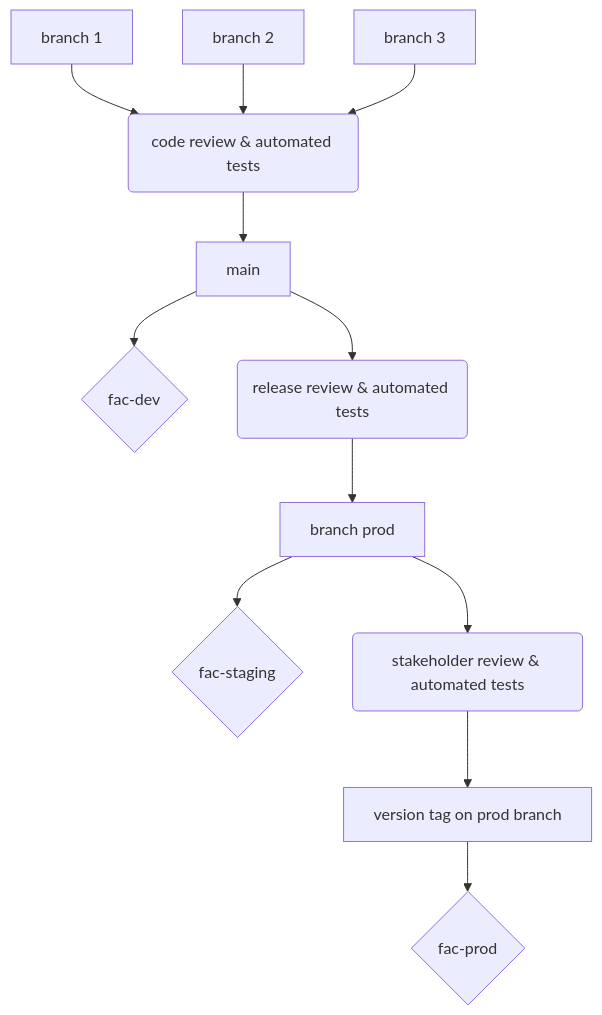
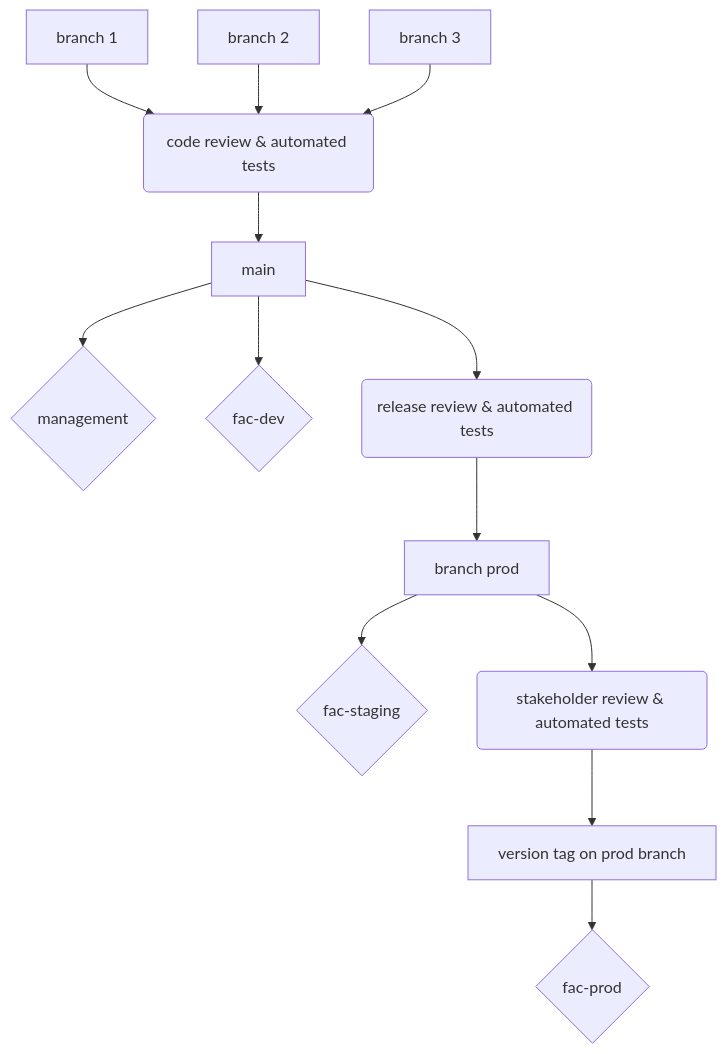
One commit to GSA-TTS/FAC changed the first of 3 diagrams in docs/branching.md. Above: the diagram before and after it, drawn with Mermaid. The commit also changed other lines of this file and 10 other files, not shown here.

````diff
--- a/docs/branching.md
+++ b/docs/branching.md
@@ -22,14 +25,15 @@
 ```mermaid
 graph TD
     A[branch 1] --> PA
     B[branch 2] --> PA
     C[branch 3] --> PA
     PA( code review & automated tests) --> BA[main]
+    BA --> CA{management}
     BA --> EA{fac-dev}
     BA --> PB(release review & automated tests)
     PB --> BB[branch prod]
     BB --> EB{fac-staging}
     BB --> PC(stakeholder review & automated tests)
     PC --> BC[version tag on prod branch]
     BC --> EC{fac-prod}
 ```
````
